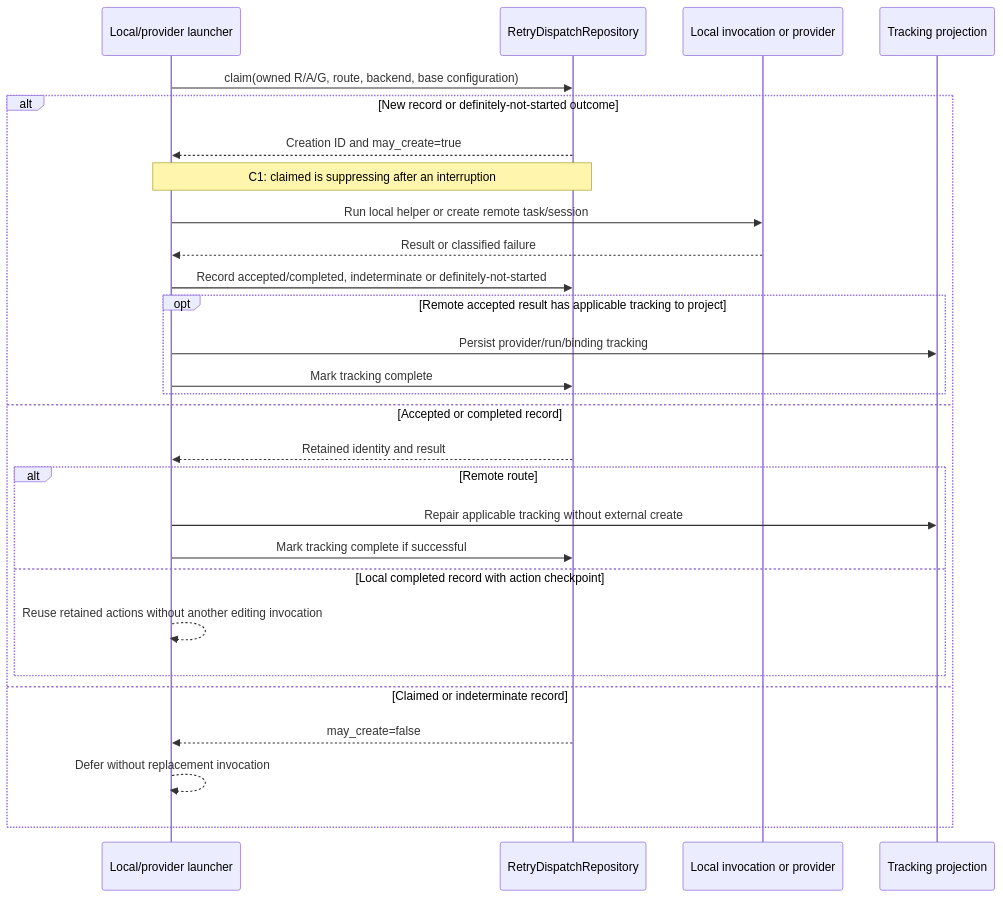
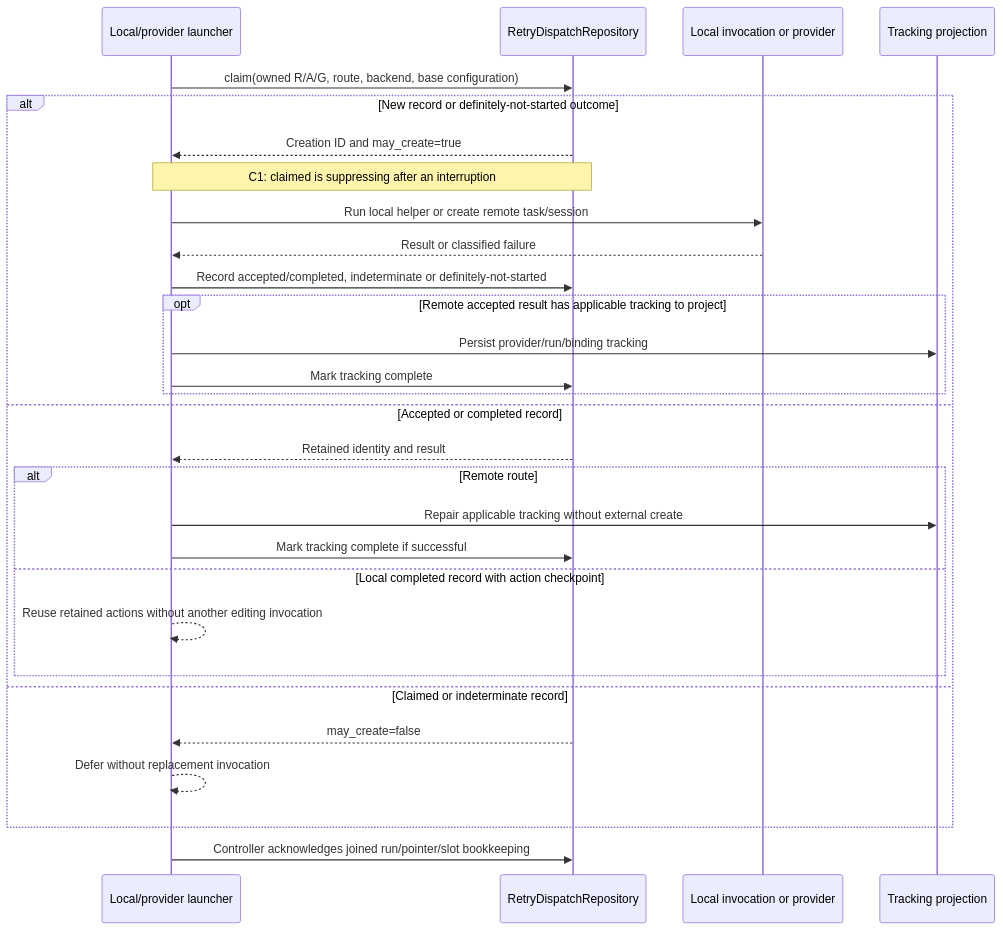
Before and after one commit to kitamura-tetsuo/auto-coder: the second of 4 diagrams in docs/architecture/as-is/issue-retry-and-recovery.md, drawn with Mermaid. The commit also changed other lines of this file and 5 other files, not shown here.

````diff
--- a/docs/architecture/as-is/issue-retry-and-recovery.md
+++ b/docs/architecture/as-is/issue-retry-and-recovery.md
@@ -71,30 +71,31 @@
 ```mermaid
 sequenceDiagram
     participant H as Local/provider launcher
     participant D as RetryDispatchRepository
     participant P as Local invocation or provider
     participant C as Tracking projection
     H->>D: claim(owned R/A/G, route, backend, base configuration)
     alt New record or definitely-not-started outcome
         D-->>H: Creation ID and may_create=true
         Note over H,D: C1: claimed is suppressing after an interruption
         H->>P: Run local helper or create remote task/session
         P-->>H: Result or classified failure
         H->>D: Record accepted/completed, indeterminate or definitely-not-started
         opt Remote accepted result has applicable tracking to project
             H->>C: Persist provider/run/binding tracking
             H->>D: Mark tracking complete
         end
     else Accepted or completed record
         D-->>H: Retained identity and result
         alt Remote route
             H->>C: Repair applicable tracking without external create
             H->>D: Mark tracking complete if successful
         else Local completed record with action checkpoint
             H-->>H: Reuse retained actions without another editing invocation
         end
     else Claimed or indeterminate record
         D-->>H: may_create=false
         H-->>H: Defer without replacement invocation
     end
+    H->>D: Controller acknowledges joined run/pointer/slot bookkeeping
 ```
````
